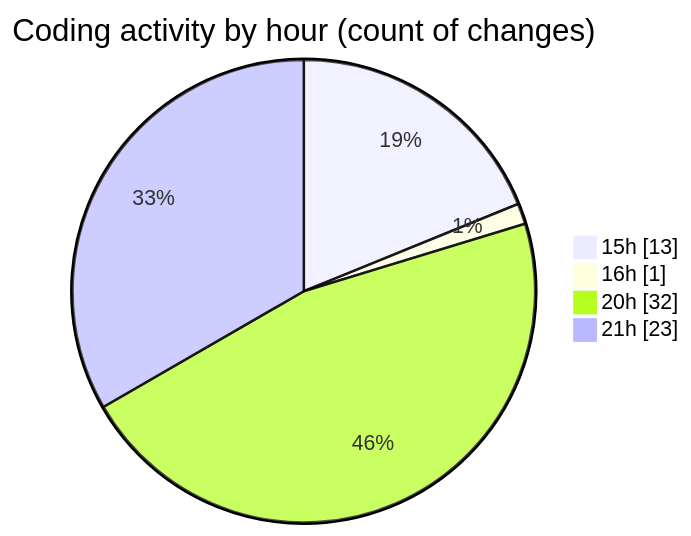
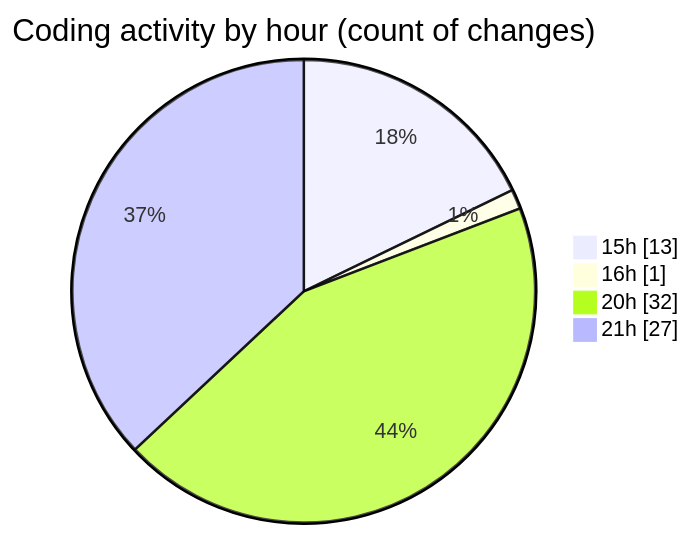
Before and after one commit to EIIisD/code-tracking: the second of 2 diagrams in 2025-07-17/ribbon/README.md, drawn with Mermaid. The commit also changed other lines of this file and 1 other file, not shown here.

````diff
--- a/2025-07-17/ribbon/README.md
+++ b/2025-07-17/ribbon/README.md
@@ -54,8 +57,8 @@
 ```mermaid
 pie showData
 title Coding activity by hour (count of changes)
 "15h" : 13
 "16h" : 1
 "20h" : 32
-"21h" : 23
+"21h" : 27
 ```
````
